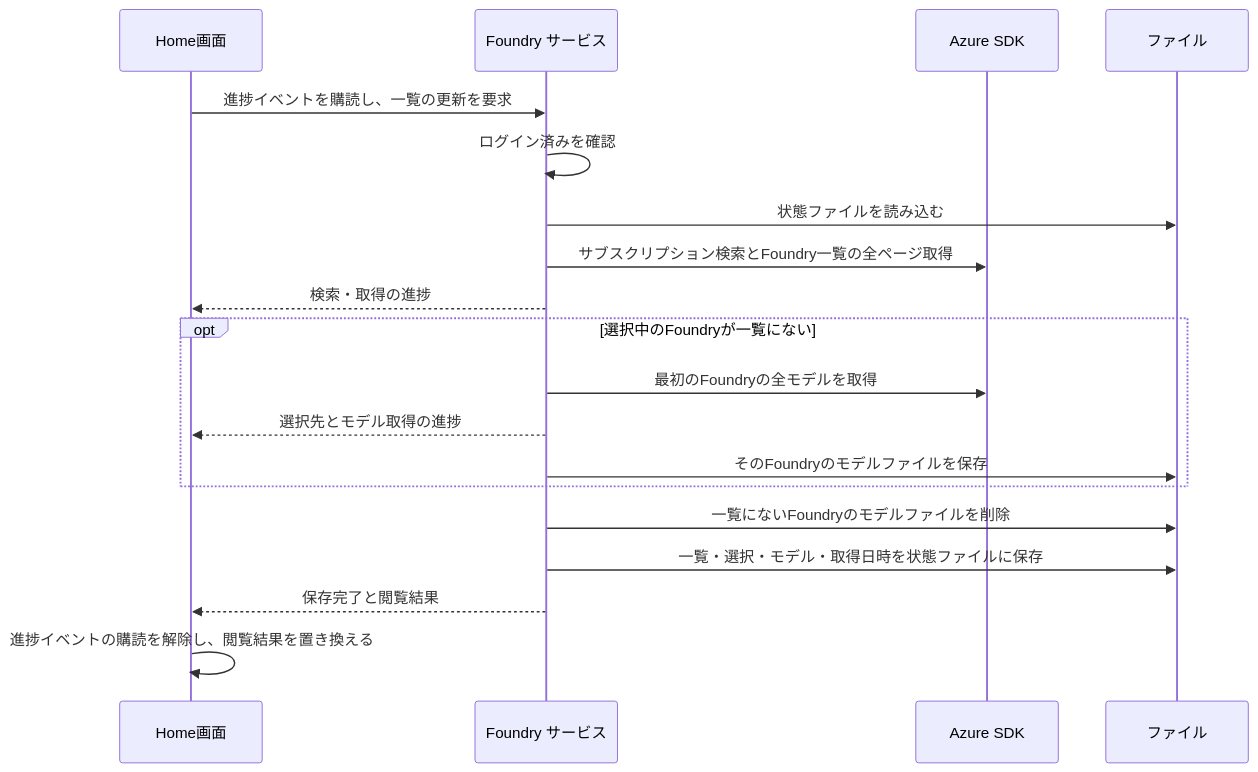
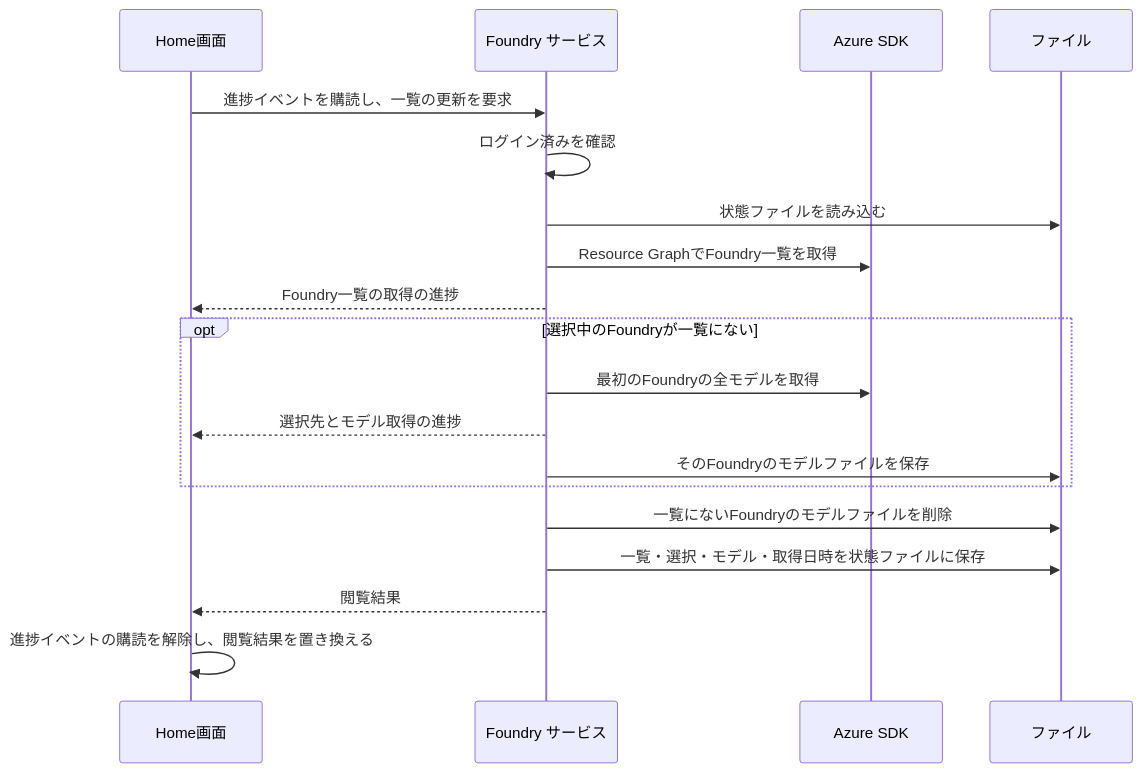
The fourth of 4 diagrams in docs/design/UCP-1.md (nuitsjp/azfoundry-deck), drawn with Mermaid before and after one commit. The commit also changed other lines of this file and 28 other files, not shown here.

First line of the commit message:
Foundry一覧の取得をResource Graphに置き換え、進捗モーダルを2行固定にする (#12)

````diff
--- a/docs/design/UCP-1.md
+++ b/docs/design/UCP-1.md
@@ -152,21 +144,21 @@
 ```mermaid
 sequenceDiagram
   participant U as Home画面
   participant S as Foundry サービス
   participant K as Azure SDK
   participant F as ファイル
   U->>S: 進捗イベントを購読し、一覧の更新を要求
   S->>S: ログイン済みを確認
   S->>F: 状態ファイルを読み込む
-  S->>K: サブスクリプション検索とFoundry一覧の全ページ取得
-  S-->>U: 検索・取得の進捗
+  S->>K: Resource GraphでFoundry一覧を取得
+  S-->>U: Foundry一覧の取得の進捗
   opt 選択中のFoundryが一覧にない
     S->>K: 最初のFoundryの全モデルを取得
     S-->>U: 選択先とモデル取得の進捗
     S->>F: そのFoundryのモデルファイルを保存
   end
   S->>F: 一覧にないFoundryのモデルファイルを削除
   S->>F: 一覧・選択・モデル・取得日時を状態ファイルに保存
-  S-->>U: 保存完了と閲覧結果
+  S-->>U: 閲覧結果
   U->>U: 進捗イベントの購読を解除し、閲覧結果を置き換える
 ```
````
